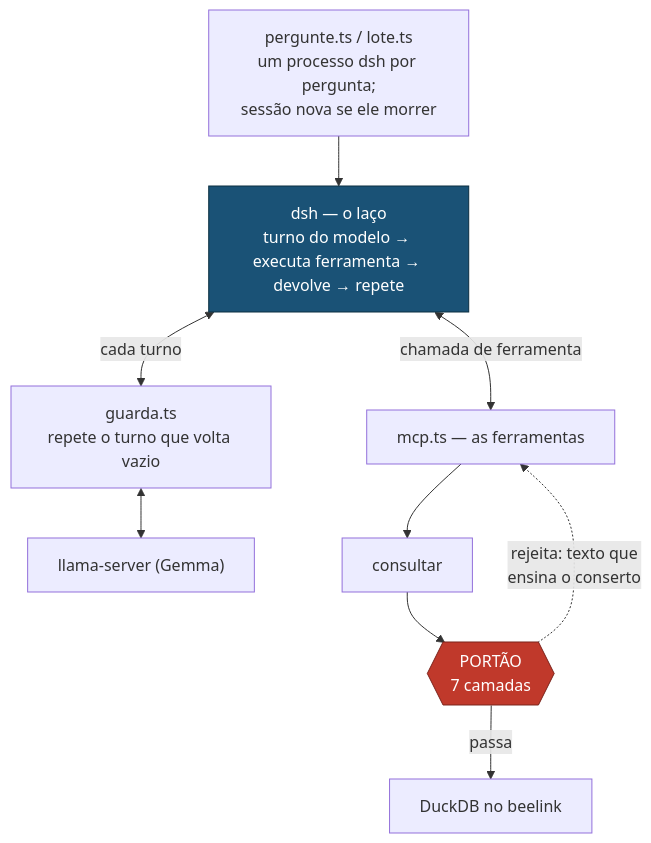
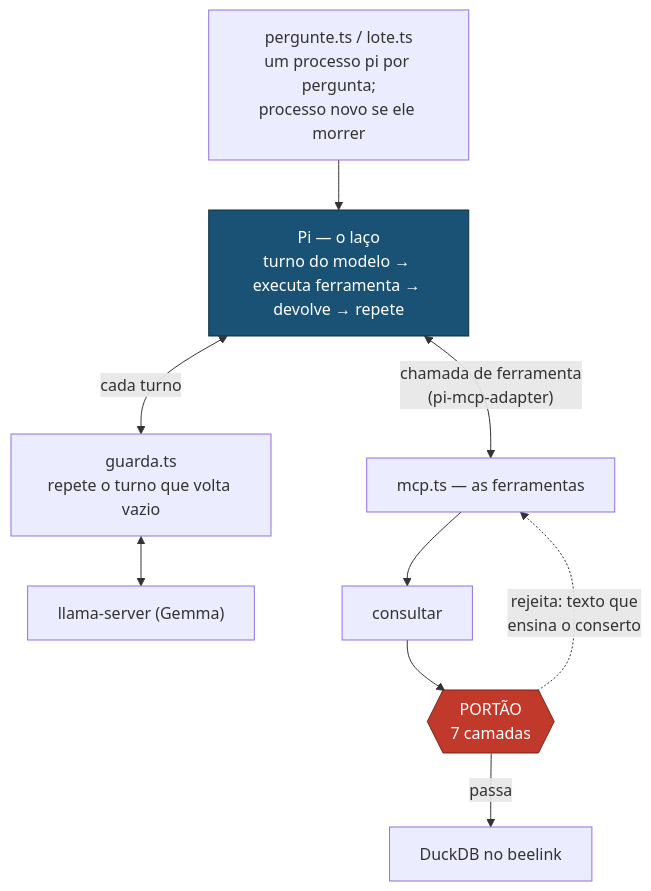
The third of 3 diagrams in harness/README.md (rafapolo/rodado), drawn with Mermaid before and after one commit. The commit also changed other lines of this file and 18 other files, not shown here.

````diff
--- a/harness/README.md
+++ b/harness/README.md
@@ -167,15 +167,15 @@
 ```mermaid
 flowchart TD
-    L["pergunte.ts / lote.ts<br/>um processo dsh por pergunta;<br/>sessão nova se ele morrer"] --> D
-    D["dsh — o laço<br/>turno do modelo → executa ferramenta → devolve → repete"]
+    L["pergunte.ts / lote.ts<br/>um processo pi por pergunta;<br/>processo novo se ele morrer"] --> D
+    D["Pi — o laço<br/>turno do modelo → executa ferramenta → devolve → repete"]
     D <-->|"cada turno"| G["guarda.ts<br/>repete o turno que volta vazio"]
     G <--> M["llama-server (Gemma)"]
-    D <-->|"chamada de ferramenta"| T["mcp.ts — as ferramentas"]
+    D <-->|"chamada de ferramenta<br/>(pi-mcp-adapter)"| T["mcp.ts — as ferramentas"]
     T --> C["consultar"]
     C --> P{{"PORTÃO<br/>7 camadas"}}
     P -->|passa| B["DuckDB no beelink"]
     P -.->|"rejeita: texto que<br/>ensina o conserto"| T
 
     style P fill:#c0392b,color:#fff,stroke:#7b241c
     style D fill:#1a5276,color:#fff,stroke:#0b2e40
 ```
````
